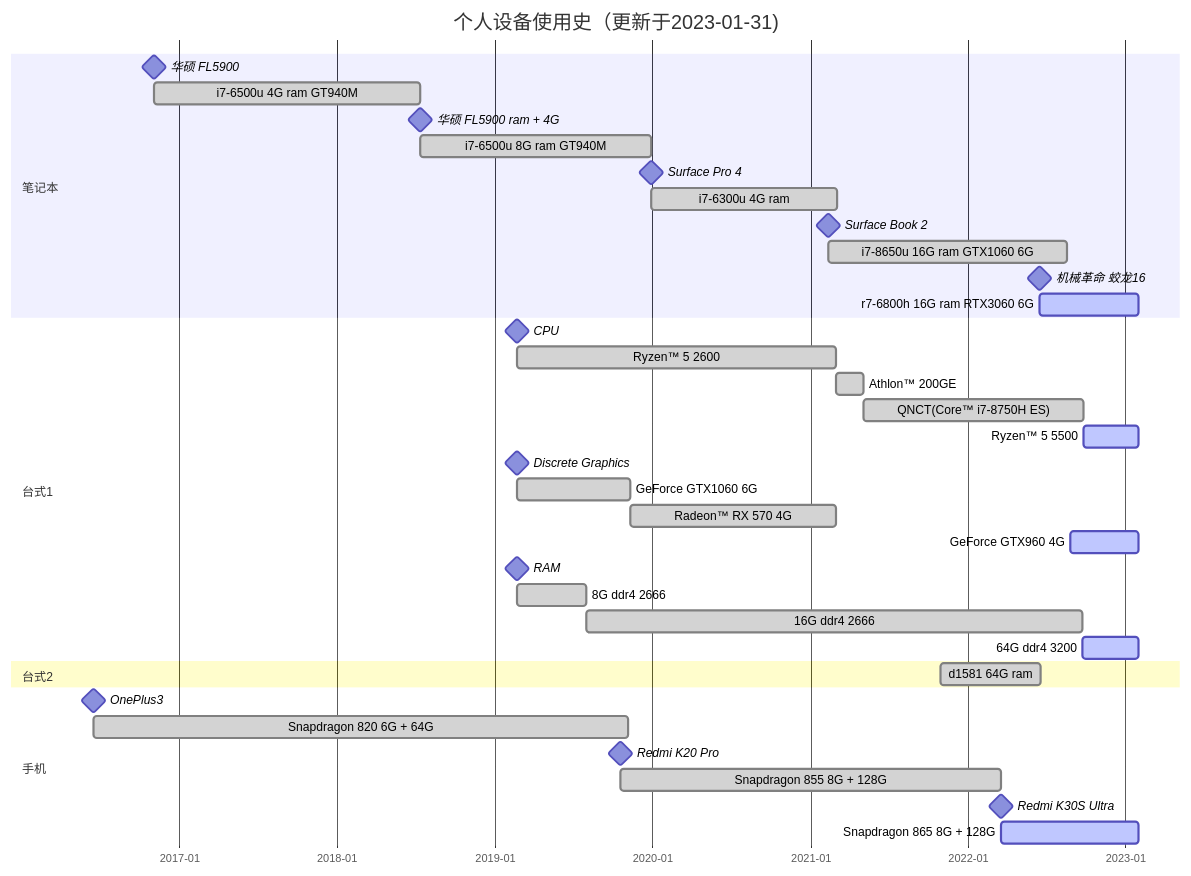
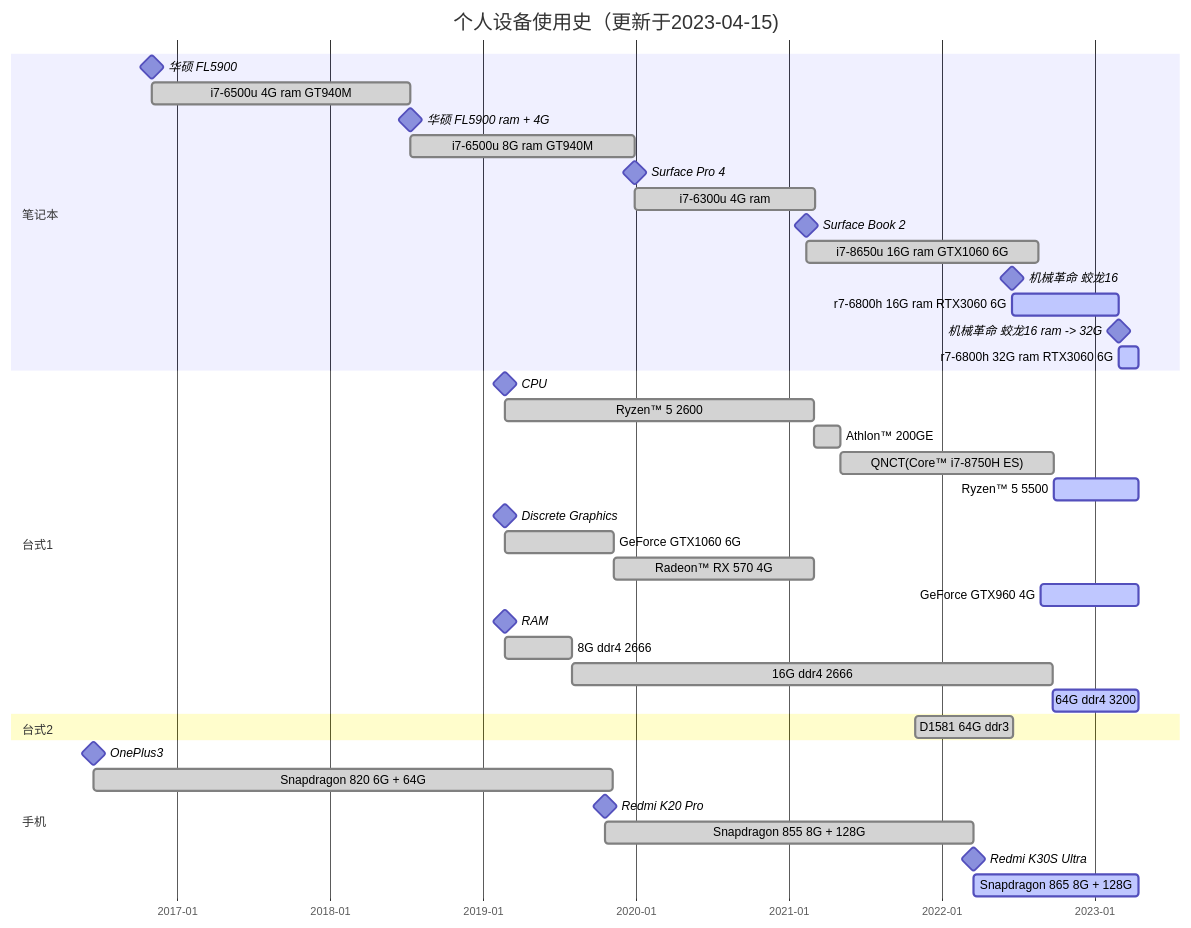
Before and after one commit to xuanyabulema/xuanyabulema.github.io: the diagram in source/microchip/index.md, drawn with Mermaid. The commit also changed 2 other files, not shown here.

````diff
--- a/source/microchip/index.md
+++ b/source/microchip/index.md
@@ -13,49 +13,51 @@
 ```mermaid
 gantt
-    title 个人设备使用史（更新于2023-01-31)
+    title 个人设备使用史（更新于2023-04-15)
     dateFormat  YYYY-MM-DD
     axisFormat  %Y-%m
     
     section 笔记本
     华硕 FL5900                                 :milestone, 2016-11-03, 0d
     i7-6500u  4G ram GT940M                     :done, 2016-11-03, 2018-07-13
     华硕 FL5900  ram + 4G                        :milestone, 2018-07-13, 0d
     i7-6500u  8G ram GT940M                     :done, 2018-07-13, 2019-12-29
     Surface Pro 4                               :milestone, 2019-12-29, 0d
     i7-6300u  4G ram                            :done, 2019-12-29, 2021-03-03
     Surface Book 2                              :milestone, 2021-02-12, 0d
     i7-8650u  16G ram  GTX1060 6G               :done, 2021-02-12, 2022-08-18
     机械革命 蛟龙16                               :milestone, 2022-06-17, 0d
-    r7-6800h  16G ram    RTX3060 6G             :active, 2022-06-17, 2023-01-31
+    r7-6800h  16G ram    RTX3060 6G             :active, 2022-06-17, 2023-02-26
+    机械革命 蛟龙16  ram -> 32G                   :milestone, 2023-02-26, 0d
+    r7-6800h  32G ram    RTX3060 6G             :active, 2023-02-26, 2023-04-15
     
     
     section 台式1
     CPU                                         :milestone, 2019-02-22, 0d
     Ryzen™ 5 2600                               :done, 2019-02-22, 2021-03-01
     Athlon™ 200GE                               :done, 2021-03-01, 2021-05-04
     QNCT(Core™ i7-8750H ES)                     :done, 2021-05-04, 2022-09-26
-    Ryzen™ 5 5500                               :active, 2022-09-26, 2023-01-31
+    Ryzen™ 5 5500                               :active, 2022-09-26, 2023-04-15
     
     Discrete Graphics                           :milestone, 2019-02-22, 0d
     GeForce GTX1060 6G                          :done, 2019-02-22, 2019-11-10
     Radeon™ RX 570 4G                           :done, 2019-11-10, 2021-03-01
-    GeForce GTX960 4G                           :active, 2022-08-25, 2023-01-31
+    GeForce GTX960 4G                           :active, 2022-08-25, 2023-04-15
     
     RAM                                         :milestone, 2019-02-22, 0d
     8G ddr4 2666                                :done, 2019-02-22, 2019-08-02
     16G ddr4 2666                               :done, 2019-08-02, 2022-09-22
-    64G ddr4 3200                               :active, 2022-09-22, 2023-01-31
+    64G ddr4 3200                               :active, 2022-09-22, 2023-04-15
     
     
     section 台式2
-    d1581 64G ram                               :done, 2021-10-29,2022-06-19
+    D1581 64G ddr3                              :done, 2021-10-29,2022-06-19
     
     
     section 手机
     OnePlus3                                    :milestone, 2016-06-16, 0d
     Snapdragon 820 6G + 64G                     :done, 2016-06-16, 2019-11-06
     Redmi K20 Pro                               :milestone, 2019-10-19, 0d
     Snapdragon 855  8G + 128G                   :done, 2019-10-19, 2022-03-18
     Redmi K30S Ultra                            :milestone, 2022-03-18, 0d
-    Snapdragon 865  8G + 128G                   :active, 2022-03-18, 2023-01-31
+    Snapdragon 865  8G + 128G                   :active, 2022-03-18, 2023-04-15
 ```
````
